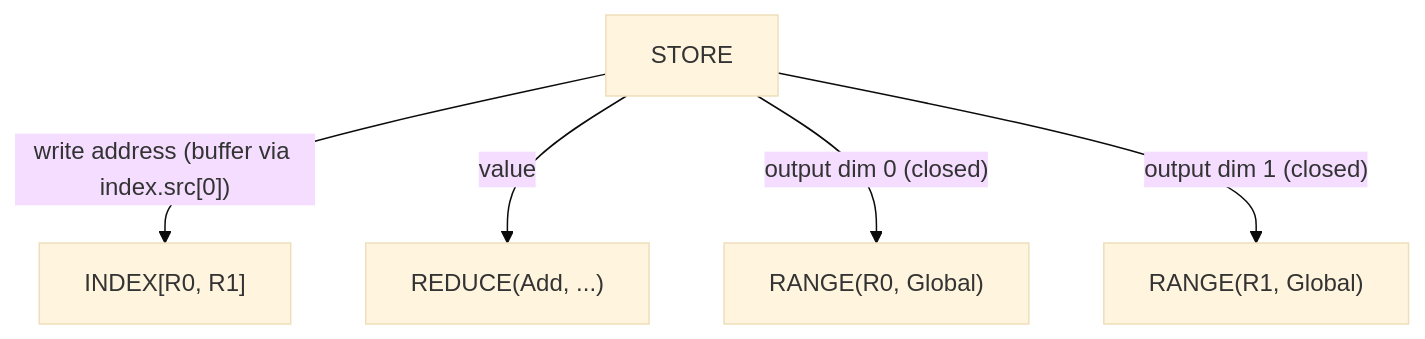
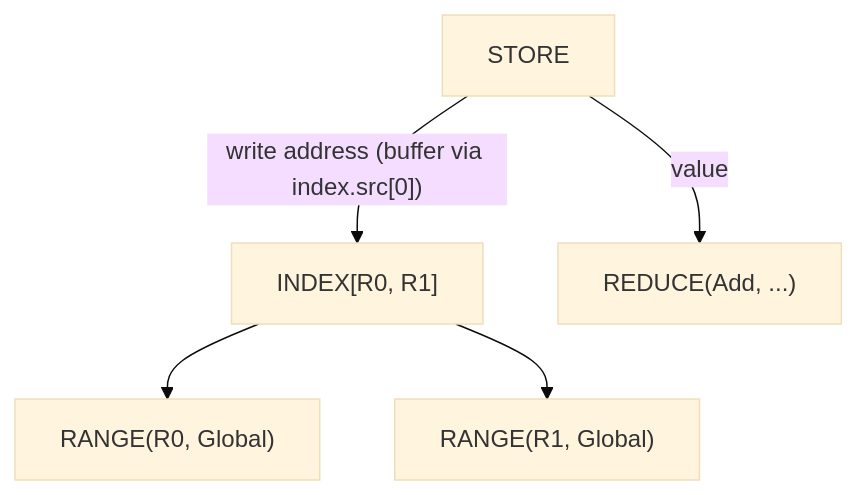
One commit to npatsakula/morok changed the eighth of 16 diagrams in website/docs/architecture/op-bestiary.md. Above: the diagram before and after it, drawn with Mermaid (base theme). The commit also changed other lines of this file and 63 other files, not shown here.

First line of the commit message:
[*] docs: verify the architecture chapter against the IR and optimizer

````diff
--- a/website/docs/architecture/op-bestiary.md
+++ b/website/docs/architecture/op-bestiary.md
@@ -269,7 +257,7 @@
 ```mermaid
 flowchart TD
   ST["STORE"] -->|"write address (buffer via index.src[0])"| IDX["INDEX[R0, R1]"]
   ST -->|"value"| RED["REDUCE(Add, ...)"]
-  ST -->|"output dim 0 (closed)"| R0["RANGE(R0, Global)"]
-  ST -->|"output dim 1 (closed)"| R1["RANGE(R1, Global)"]
+  IDX --> R0["RANGE(R0, Global)"]
+  IDX --> R1["RANGE(R1, Global)"]
 ```
````
